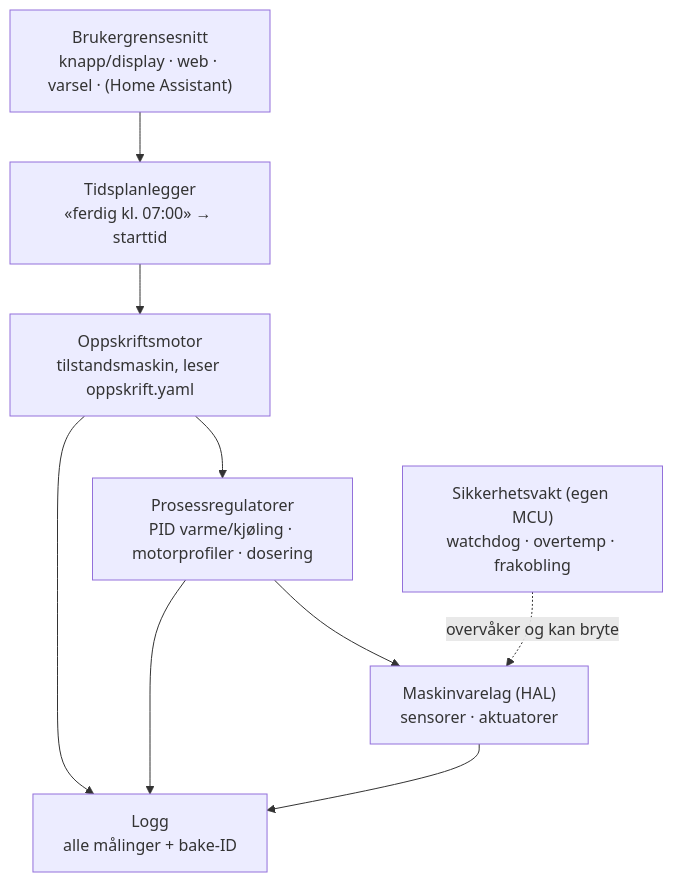
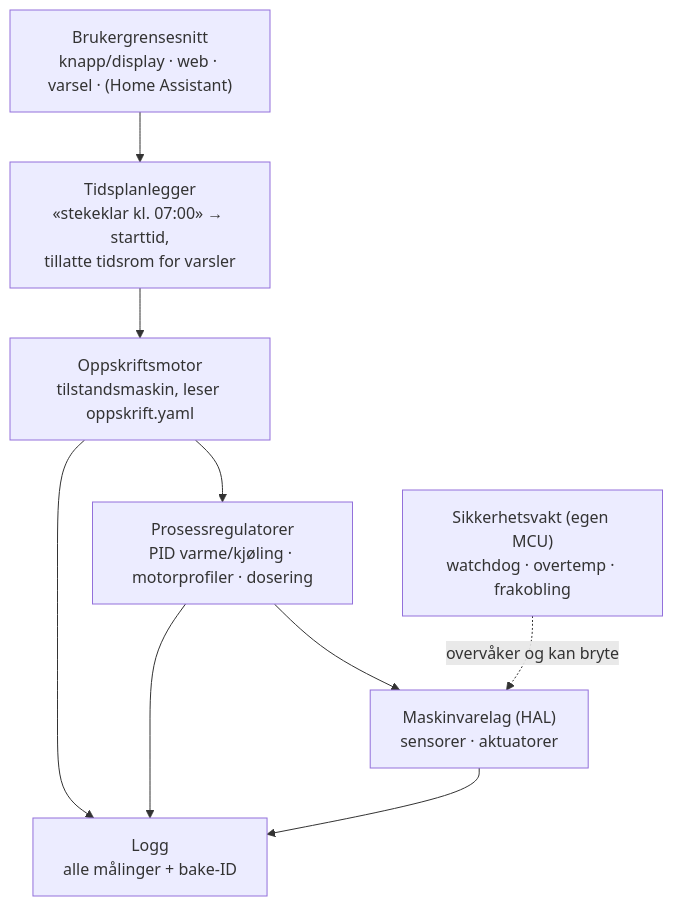
Before and after one commit to erikhafnor/surdeigsbaker: the second of 3 diagrams in docs/07-arkitektur.md, drawn with Mermaid. The commit also changed other lines of this file and 18 other files, not shown here.

````diff
--- a/docs/07-arkitektur.md
+++ b/docs/07-arkitektur.md
@@ -108,15 +101,15 @@
 ```mermaid
 flowchart TB
   UI["Brukergrensesnitt<br/>knapp/display · web · varsel · (Home Assistant)"]
-  PLAN["Tidsplanlegger<br/>«ferdig kl. 07:00» → starttid"]
+  PLAN["Tidsplanlegger<br/>«stekeklar kl. 07:00» → starttid,<br/>tillatte tidsrom for varsler"]
   MOTOR["Oppskriftsmotor<br/>tilstandsmaskin, leser oppskrift.yaml"]
   REG["Prosessregulatorer<br/>PID varme/kjøling · motorprofiler · dosering"]
   HAL["Maskinvarelag (HAL)<br/>sensorer · aktuatorer"]
   LOG["Logg<br/>alle målinger + bake-ID"]
   SAFE["Sikkerhetsvakt (egen MCU)<br/>watchdog · overtemp · frakobling"]
   UI --> PLAN --> MOTOR --> REG --> HAL
   MOTOR --> LOG
   REG --> LOG
   HAL --> LOG
   SAFE -. overvåker og kan bryte .-> HAL
 ```
````
